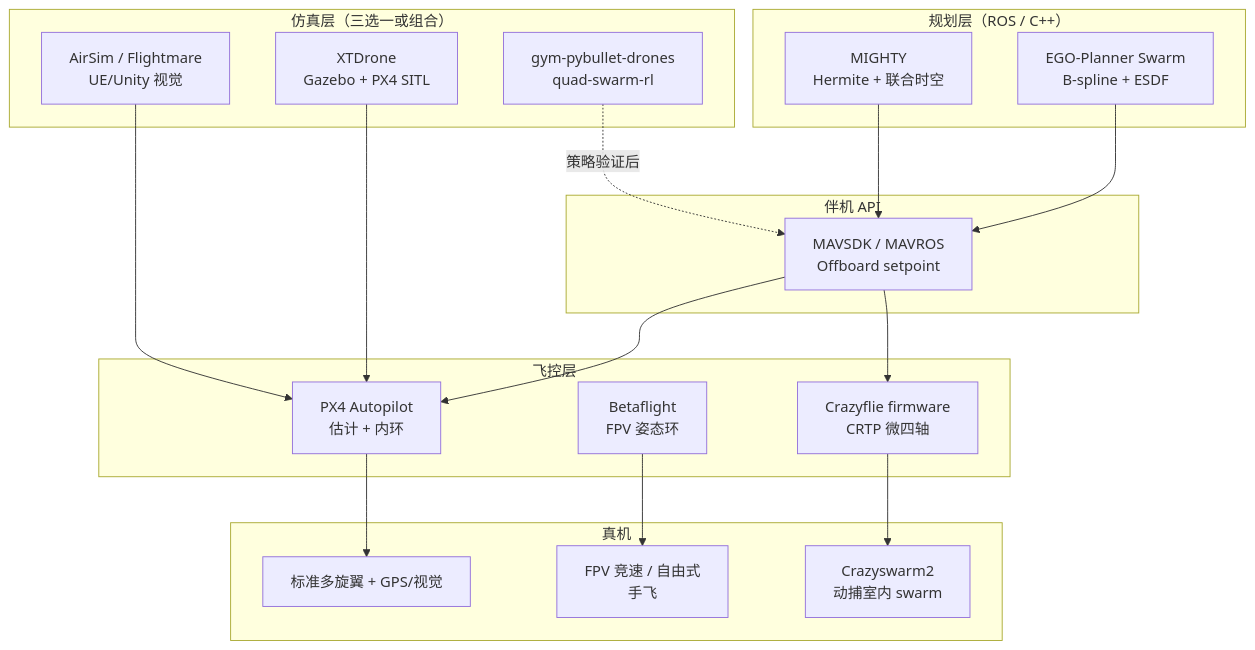
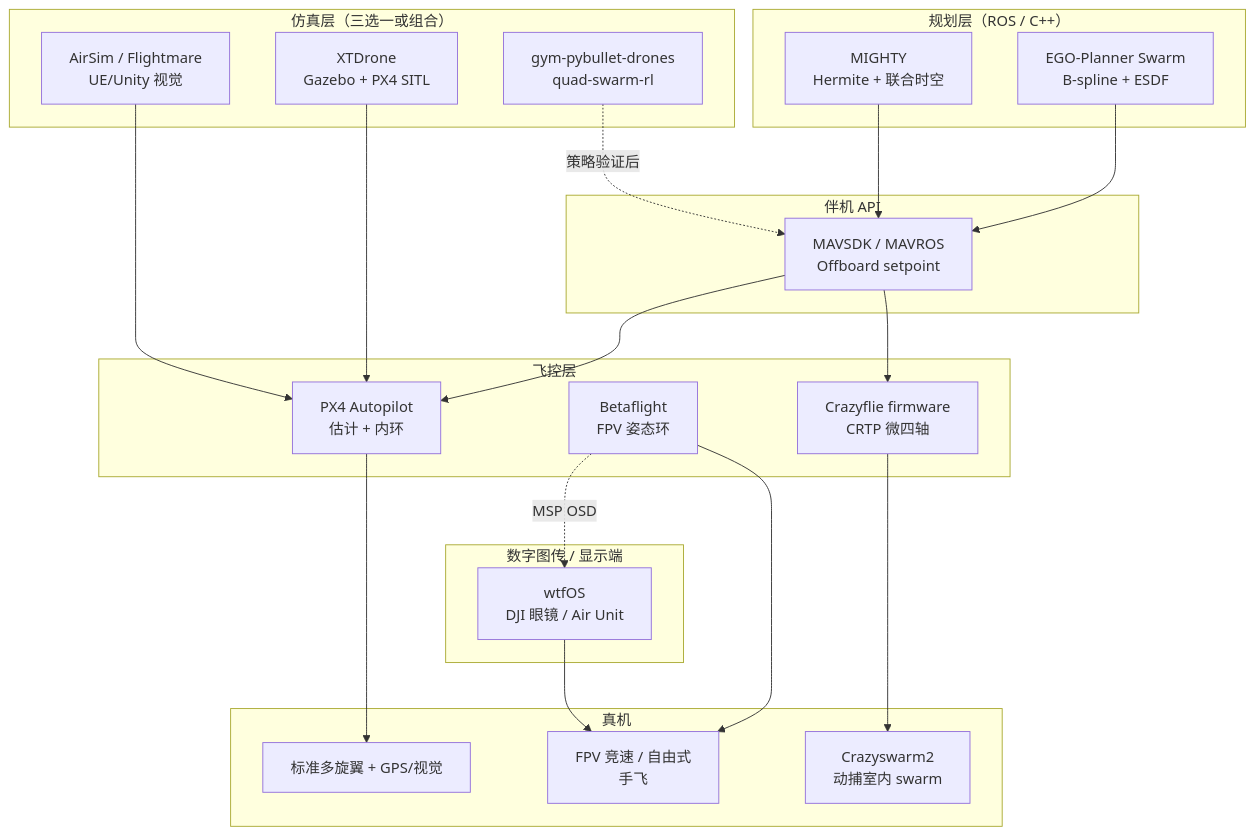
One commit to ImChong/Robotics_Notebooks changed the diagram in wiki/overview/multirotor-simulation-planning-control-stack.md. Above: the diagram before and after it, drawn with Mermaid. The commit also changed other lines of this file and 12 other files, not shown here.

Commit message:
[2026-06-18] ingest | sources/repos/wtfos.md、sources/sites/fpv-wtf.md — 接入 wtfOS DJI 数字 FPV 固件框架并同步全站索引

````diff
--- a/wiki/overview/multirotor-simulation-planning-control-stack.md
+++ b/wiki/overview/multirotor-simulation-planning-control-stack.md
@@ -77,36 +80,41 @@
 ```mermaid
 flowchart TB
   subgraph plan["规划层（ROS / C++）"]
     EGO["EGO-Planner Swarm\nB-spline + ESDF"]
     MIG["MIGHTY\nHermite + 联合时空"]
   end
   subgraph api["伴机 API"]
     MAV["MAVSDK / MAVROS\nOffboard setpoint"]
   end
   subgraph fc["飞控层"]
     PX4["PX4 Autopilot\n估计 + 内环"]
     BF["Betaflight\nFPV 姿态环"]
     CF["Crazyflie firmware\nCRTP 微四轴"]
+  end
+  subgraph vtx["数字图传 / 显示端"]
+    WTF["wtfOS\nDJI 眼镜 / Air Unit"]
   end
   subgraph sim["仿真层（三选一或组合）"]
     GZ["XTDrone\nGazebo + PX4 SITL"]
     VIS["AirSim / Flightmare\nUE/Unity 视觉"]
     RL["gym-pybullet-drones\nquad-swarm-rl"]
   end
   subgraph real["真机"]
     MC["标准多旋翼 + GPS/视觉"]
     FPV["FPV 竞速 / 自由式\n手飞"]
     SW["Crazyswarm2\n动捕室内 swarm"]
   end
 
   EGO --> MAV
   MIG --> MAV
   MAV --> PX4
   MAV --> CF
   GZ --> PX4
   VIS --> PX4
   RL -.->|策略验证后| MAV
   PX4 --> MC
   BF --> FPV
+  BF -.->|MSP OSD| WTF
+  WTF --> FPV
   CF --> SW
 ```
````
